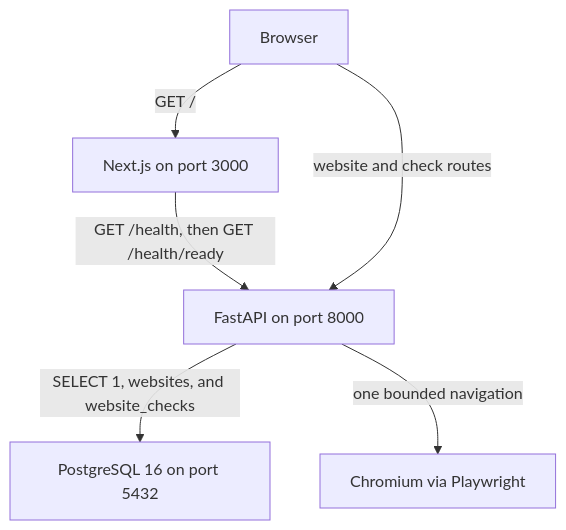
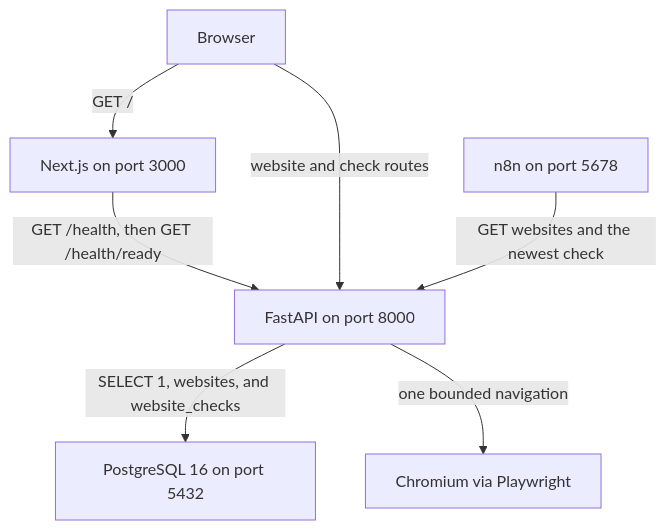
Before and after one commit to onmyownpace/sentinel: the diagram in README.md, drawn with Mermaid. The commit also changed other lines of this file and 8 other files, not shown here.

````diff
--- a/README.md
+++ b/README.md
@@ -30,14 +30,16 @@
 ```mermaid
 flowchart TB
   browser[Browser]
   web["Next.js on port 3000"]
   api["FastAPI on port 8000"]
   chromium["Chromium via Playwright"]
+  n8n["n8n on port 5678"]
   db["PostgreSQL 16 on port 5432"]
 
   browser -->|"GET /"| web
   web -->|"GET /health, then GET /health/ready"| api
   browser -->|"website and check routes"| api
+  n8n -->|"GET websites and the newest check"| api
   api -->|"SELECT 1, websites, and website_checks"| db
   api -->|"one bounded navigation"| chromium
 ```
````
